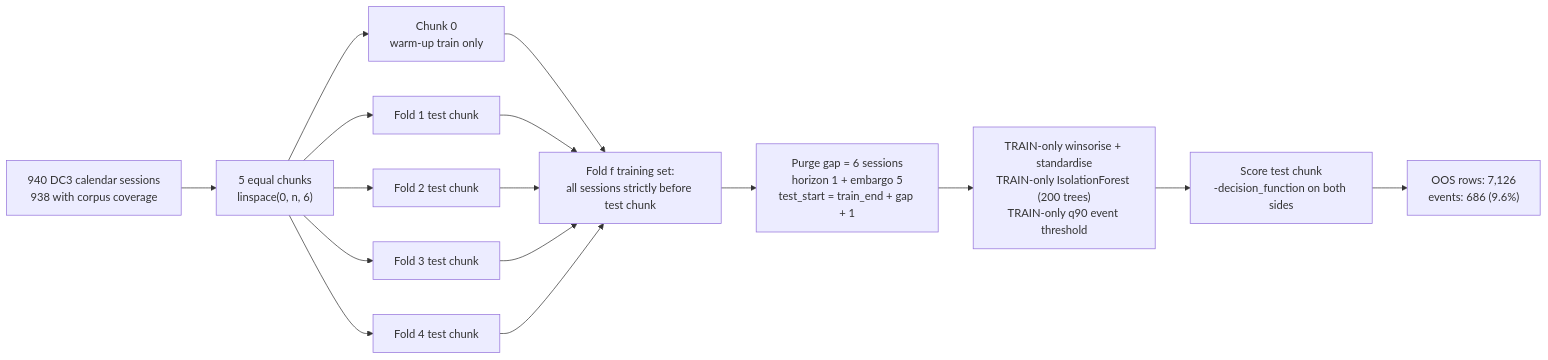
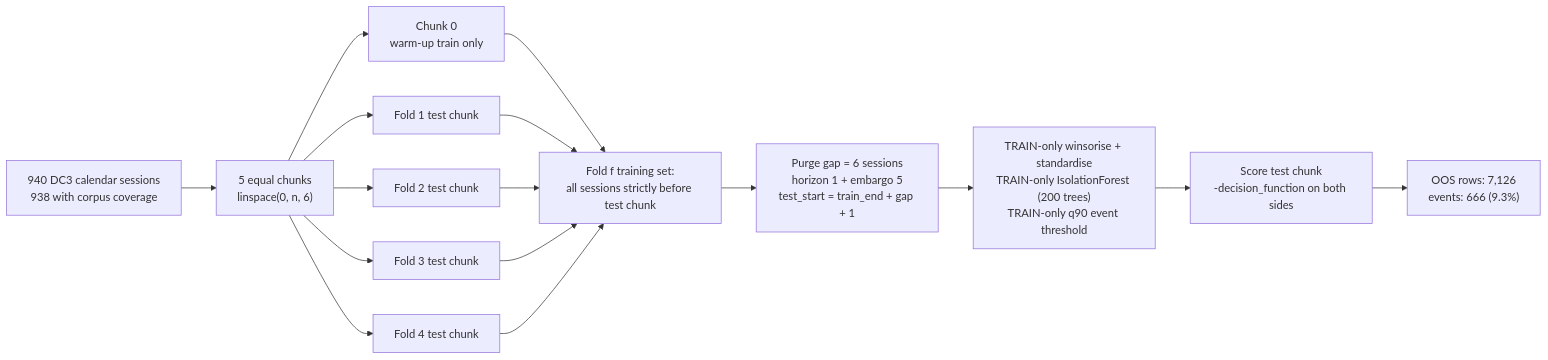
Before and after one commit to pravin001/NEPSE-floorsheet-broker-network-thesis-pipeline: the diagram in reports/chapter_assets/ch3_walk_forward_diagram.md, drawn with Mermaid. The commit also changed other lines of this file and 193 other files, not shown here.

````diff
--- a/reports/chapter_assets/ch3_walk_forward_diagram.md
+++ b/reports/chapter_assets/ch3_walk_forward_diagram.md
@@ -6,20 +7,20 @@
 ```mermaid
 flowchart LR
     A["940 DC3 calendar sessions<br/>938 with corpus coverage"] --> B["5 equal chunks<br/>linspace(0, n, 6)"]
     B --> C["Chunk 0<br/>warm-up train only"]
     B --> D["Fold 1 test chunk"]
     B --> E["Fold 2 test chunk"]
     B --> F["Fold 3 test chunk"]
     B --> G["Fold 4 test chunk"]
 
     C --> H["Fold f training set:<br/>all sessions strictly before test chunk"]
     D --> H
     E --> H
     F --> H
     G --> H
 
     H --> I["Purge gap = 6 sessions<br/>horizon 1 + embargo 5<br/>test_start = train_end + gap + 1"]
     I --> J["TRAIN-only winsorise + standardise<br/>TRAIN-only IsolationForest (200 trees)<br/>TRAIN-only q90 event threshold"]
     J --> K["Score test chunk<br/>-decision_function on both sides"]
-    K --> L["OOS rows: 7,126<br/>events: 686 (9.6%)"]
+    K --> L["OOS rows: 7,126<br/>events: 666 (9.3%)"]
 ```
````
